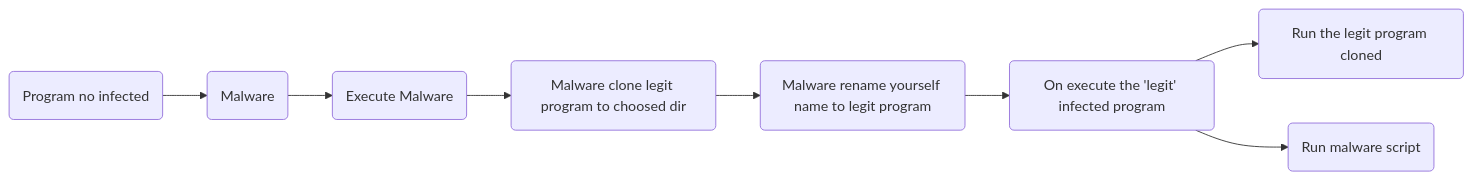
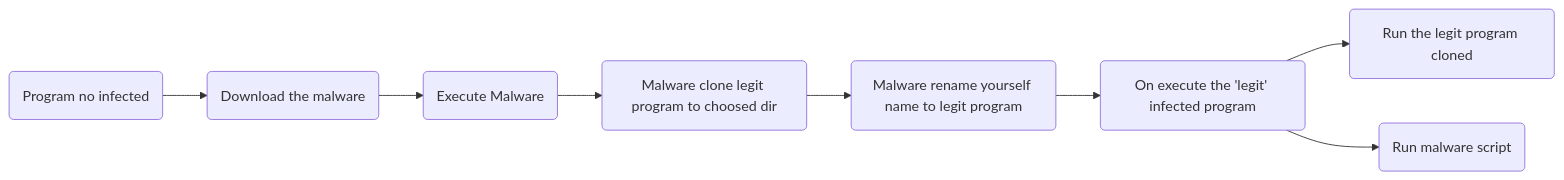
The diagram in README.md (claudioavgo/shapeshifter), drawn with Mermaid before and after one commit.

````diff
--- a/README.md
+++ b/README.md
@@ -8,10 +8,10 @@
 ```mermaid
 graph LR
-A(Program no infected) --> B(Malware)
+A(Program no infected) --> B(Download the malware)
 B --> C(Execute Malware)
 C --> D(Malware clone legit program to choosed dir)
 D --> E(Malware rename yourself name to legit program)
 E --> F(On execute the 'legit' infected program)
 F --> G(Run the legit program cloned)
 F --> H(Run malware script)
 ```
````
